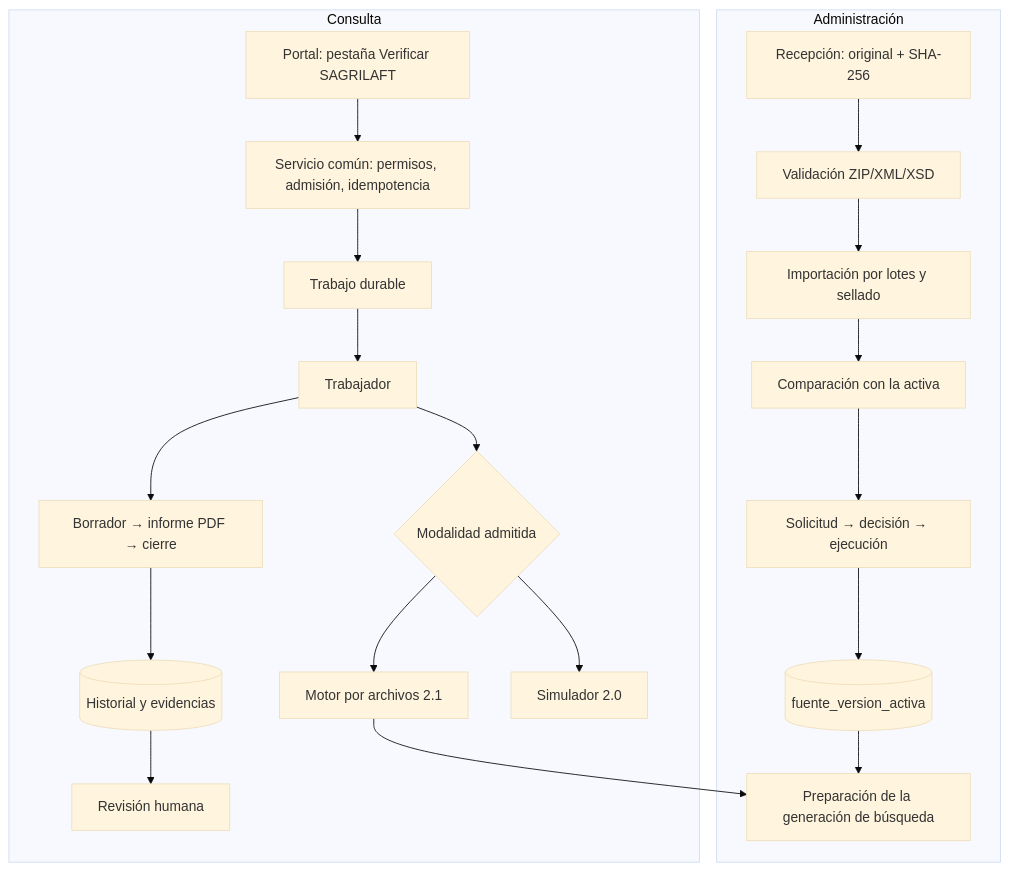
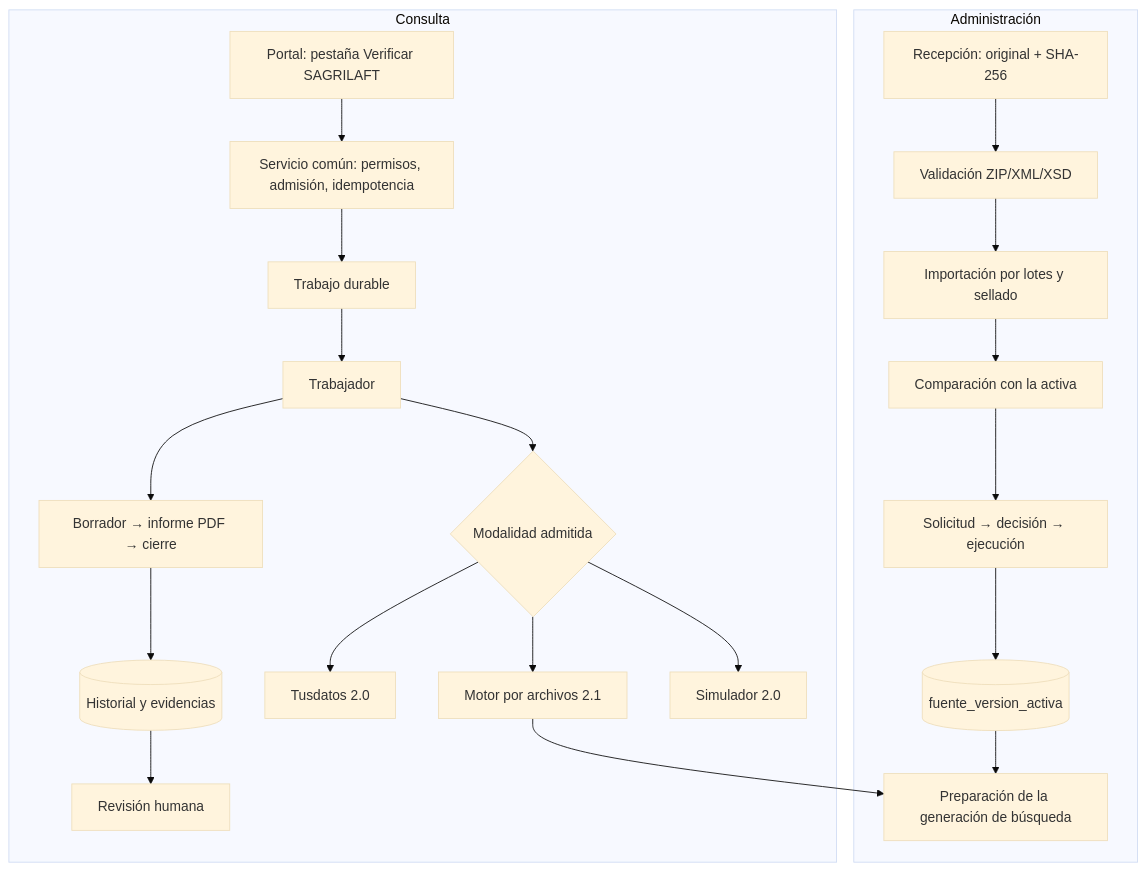
One commit to ai-scm/Sagrilaft changed the diagram in docs/listas/ARQUITECTURA_LISTAS.md. Above: the diagram before and after it, drawn with Mermaid (base theme). The commit also changed other lines of this file and 3 other files, not shown here.

````diff
--- a/docs/listas/ARQUITECTURA_LISTAS.md
+++ b/docs/listas/ARQUITECTURA_LISTAS.md
@@ -97,23 +97,24 @@
 ```mermaid
 flowchart TB
   subgraph ADM[Administración]
     R[Recepción: original + SHA-256] --> V[Validación ZIP/XML/XSD]
     V --> I[Importación por lotes y sellado]
     I --> C[Comparación con la activa]
     C --> S[Solicitud → decisión → ejecución]
     S --> P[(fuente_version_activa)]
     P --> G[Preparación de la generación de búsqueda]
   end
   subgraph CON[Consulta]
     E[Portal: pestaña Verificar SAGRILAFT] --> A[Servicio común: permisos, admisión, idempotencia]
     A --> T[Trabajo durable]
     T --> W[Trabajador]
     W --> M{Modalidad admitida}
     M --> SIM[Simulador 2.0]
     M --> ARC[Motor por archivos 2.1]
+    M --> EXT[Tusdatos 2.0]
     ARC --> G
     W --> B[Borrador → informe PDF → cierre]
     B --> H[(Historial y evidencias)]
     H --> REV[Revisión humana]
   end
 ```
````
